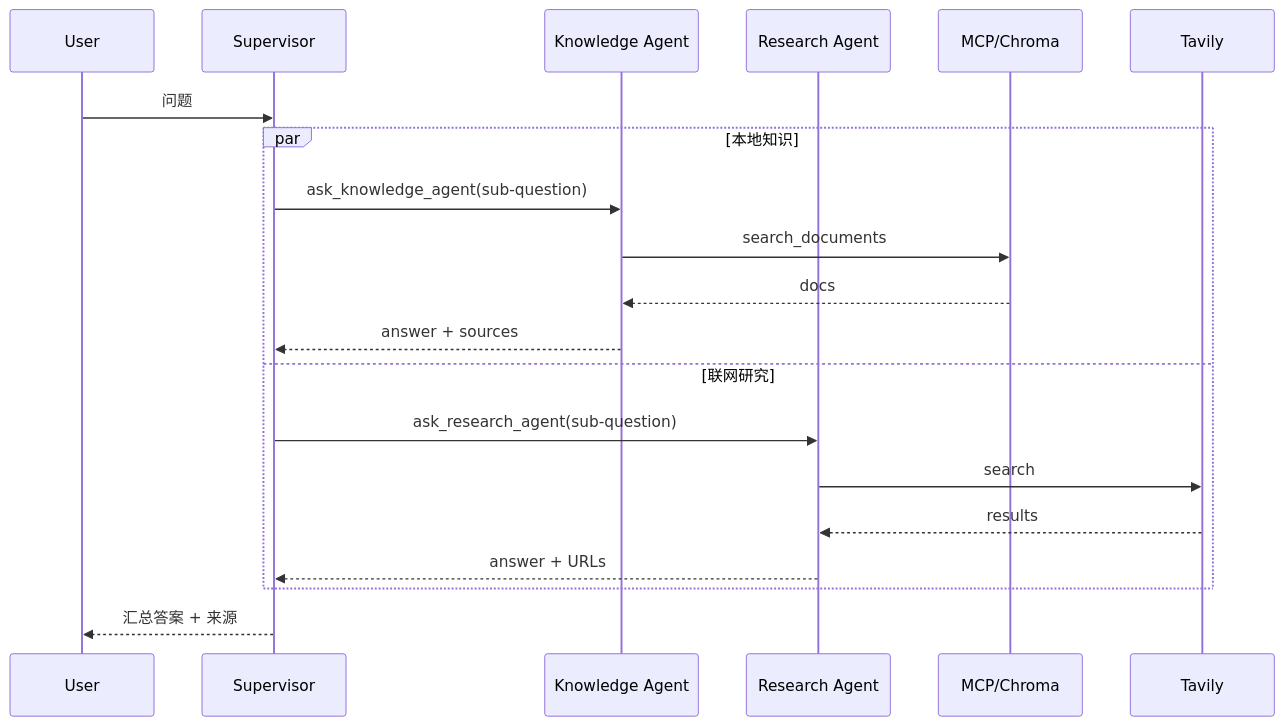
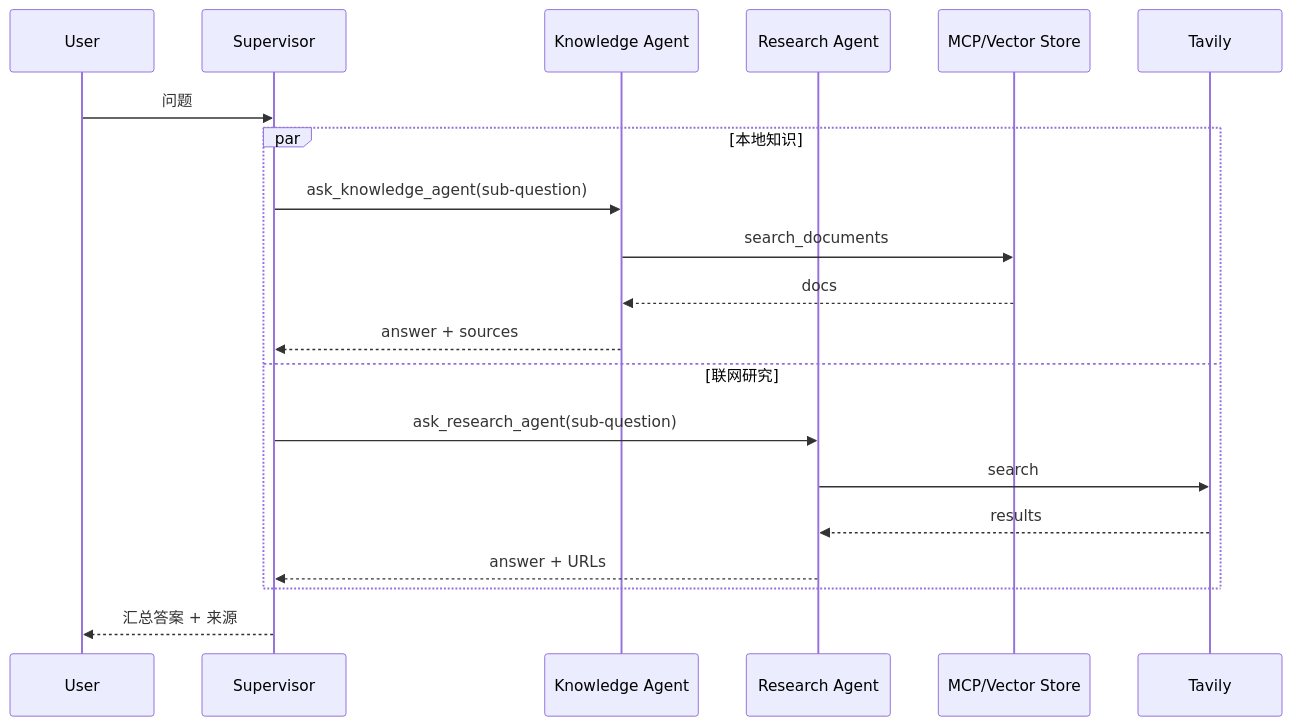
One commit to haomj/personal-knowledge-agent changed the fourth of 6 diagrams in docs/architecture.md. Above: the diagram before and after it, drawn with Mermaid. The commit also changed other lines of this file and 16 other files, not shown here.

````diff
--- a/docs/architecture.md
+++ b/docs/architecture.md
@@ -124,23 +125,23 @@
 ```mermaid
 sequenceDiagram
     participant U as User
     participant S as Supervisor
     participant K as Knowledge Agent
     participant R as Research Agent
-    participant M as MCP/Chroma
+    participant M as MCP/Vector Store
     participant T as Tavily
 
     U->>S: 问题
     par 本地知识
         S->>K: ask_knowledge_agent(sub-question)
         K->>M: search_documents
         M-->>K: docs
         K-->>S: answer + sources
     and 联网研究
         S->>R: ask_research_agent(sub-question)
         R->>T: search
         T-->>R: results
         R-->>S: answer + URLs
     end
     S-->>U: 汇总答案 + 来源
 ```
````
